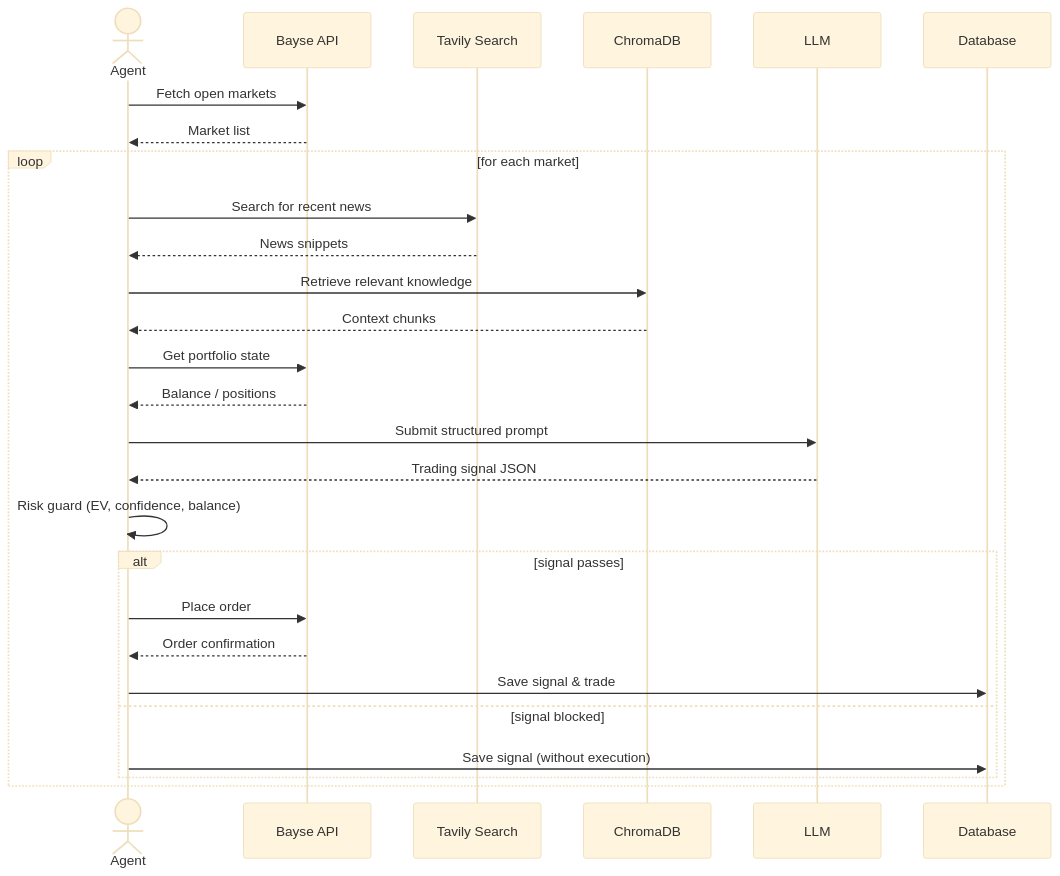
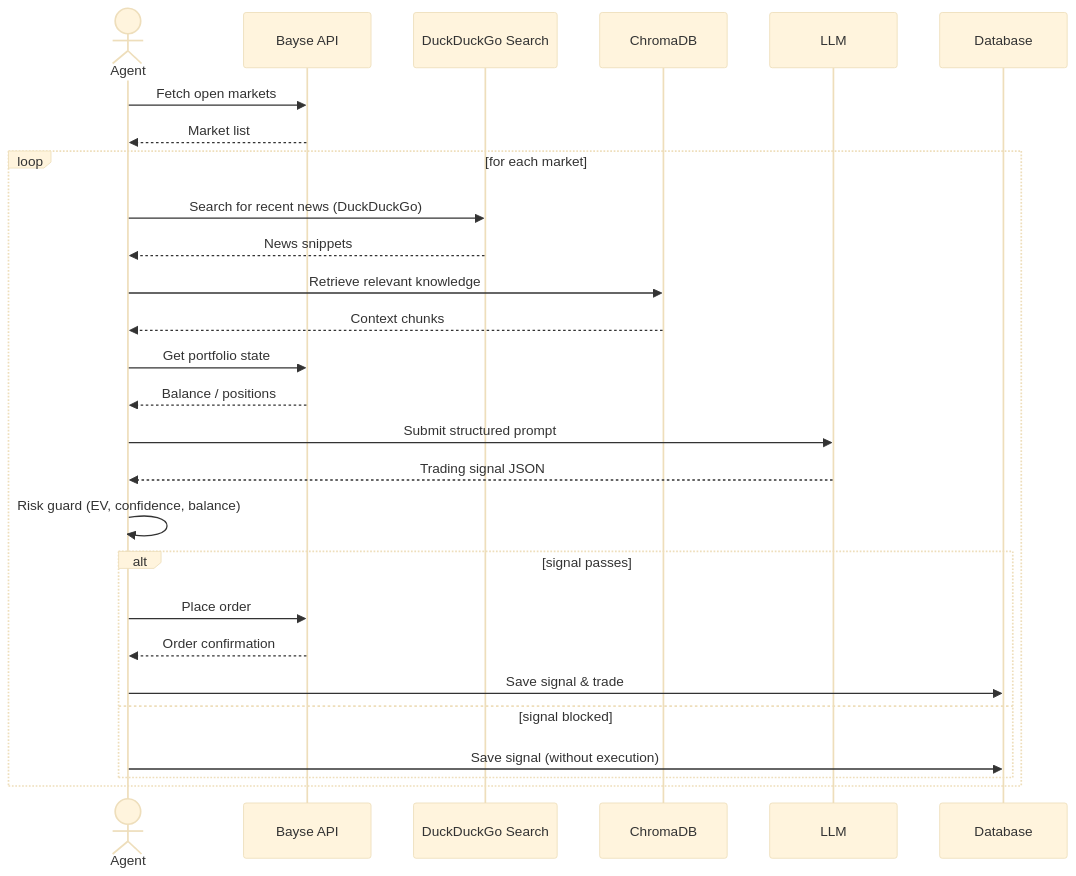
The second of 3 diagrams in README.md (abeenoch/agentBayse), drawn with Mermaid (base theme) before and after one commit. The commit also changed other lines of this file and 33 other files, not shown here.

First line of the commit message:
feat: signal outcome tracking, take-profit scanner, Bayes training pipeline, DuckDuckGo search

````diff
--- a/README.md
+++ b/README.md
@@ -52,30 +52,30 @@
 ```mermaid
 sequenceDiagram
     actor Agent
     participant BayseAPI as Bayse API
-    participant Search as Tavily Search
+    participant Search as DuckDuckGo Search
     participant RAG as ChromaDB
     participant LLM as LLM
     participant DB as Database
 
     Agent->>BayseAPI: Fetch open markets
     BayseAPI-->>Agent: Market list
     loop for each market
-        Agent->>Search: Search for recent news
+        Agent->>Search: Search for recent news (DuckDuckGo)
         Search-->>Agent: News snippets
         Agent->>RAG: Retrieve relevant knowledge
         RAG-->>Agent: Context chunks
         Agent->>BayseAPI: Get portfolio state
         BayseAPI-->>Agent: Balance / positions
         Agent->>LLM: Submit structured prompt
         LLM-->>Agent: Trading signal JSON
         Agent->>Agent: Risk guard (EV, confidence, balance)
         alt signal passes
             Agent->>BayseAPI: Place order
             BayseAPI-->>Agent: Order confirmation
             Agent->>DB: Save signal & trade
         else signal blocked
             Agent->>DB: Save signal (without execution)
         end
     end
 ```
````
